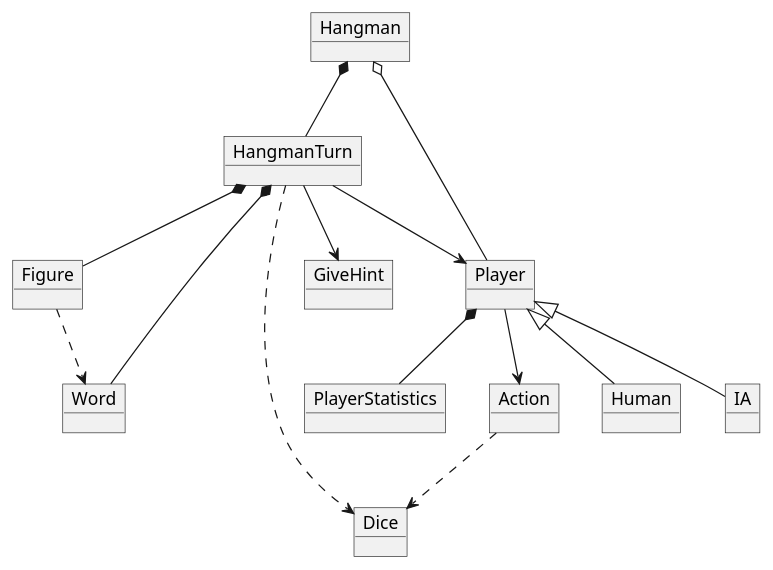
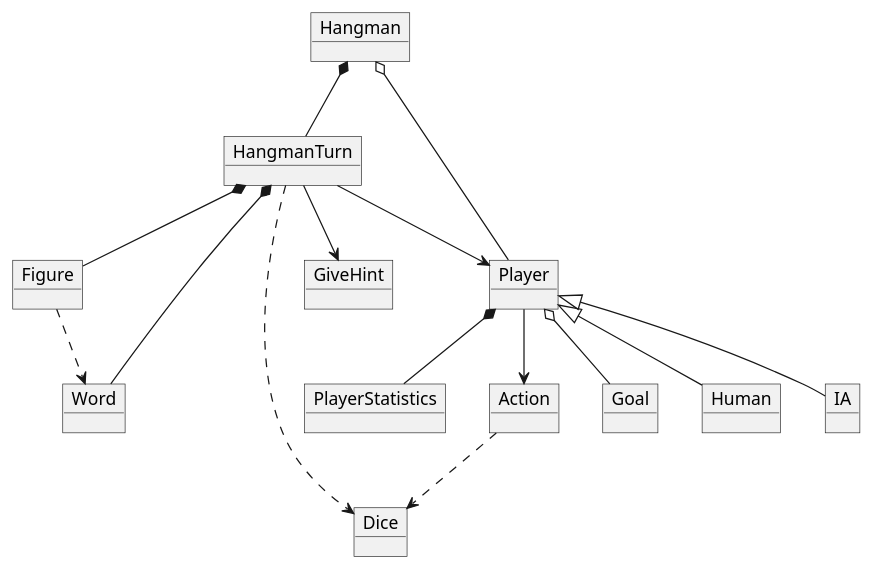
Before and after one commit to antonio-barrera/games-platform: the diagram in Diagrams/Domain Diagrams/hangman.wsd, drawn with PlantUML. The commit also changed 2 other files, not shown here.

Commit message:
added user goals object

```diff
--- a/Diagrams/Domain Diagrams/hangman.wsd
+++ b/Diagrams/Domain Diagrams/hangman.wsd
@@ -1,31 +1,33 @@
 @startuml
 Object Hangman
 Object HangmanTurn
 Object Word
 Object Figure
 Object Player
 Object Human
 Object IA
 Object PlayerStatistics
 Object Action
 Object Dice
 Object GiveHint
+Object Goal
 
 Hangman *-- HangmanTurn
 Hangman o-- Player
 
 HangmanTurn *-- Figure
 HangmanTurn *-- Word
 HangmanTurn --> GiveHint
 HangmanTurn --> Player
 HangmanTurn ..> Dice
 
 Player *-- PlayerStatistics
+Player o-- Goal
 Player --> Action
 Player <|-- Human
 Player <|-- IA
 
 Action ..> Dice
 
 Figure ..> Word
 @enduml
```
